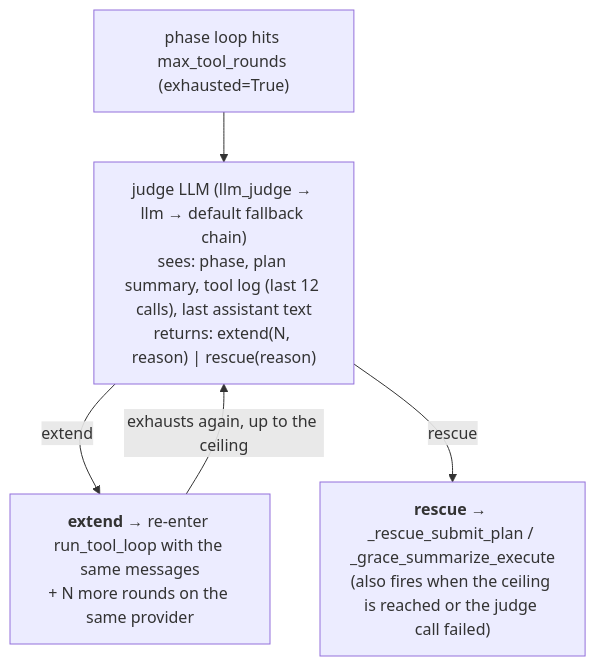
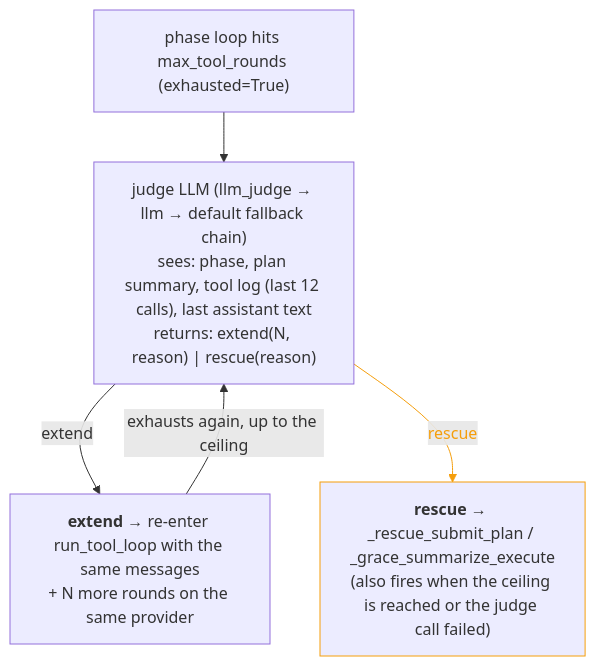
One commit to crewlet/crewlet changed the diagram in docs/concepts/turn-engine.md. Above: the diagram before and after it, drawn with Mermaid. The commit also changed 2 other files, not shown here.

Commit message:
Merge pull request #63 from crewlet/docs/diagram-semantic-colour
docs: colour the branches that carry a meaning

````diff
--- a/docs/concepts/turn-engine.md
+++ b/docs/concepts/turn-engine.md
@@ -264,11 +264,15 @@
 ```mermaid
 flowchart TD
     A["phase loop hits max_tool_rounds (exhausted=True)"]
     B["judge LLM (llm_judge → llm → default fallback chain)<br/>sees: phase, plan summary, tool log (last 12 calls), last assistant text<br/>returns: extend(N, reason) | rescue(reason)"]
     C["<b>extend</b> → re-enter run_tool_loop with the same messages<br/>+ N more rounds on the same provider"]
     D["<b>rescue</b> → _rescue_submit_plan / _grace_summarize_execute<br/>(also fires when the ceiling is reached or the judge call failed)"]
     A --> B
     B -->|extend| C
     B -->|rescue| D
     C -->|"exhausts again, up to the ceiling"| B
+
+    D:::warning
+    classDef warning stroke:#f59e0b
+    linkStyle 2 stroke:#f59e0b,color:#f59e0b
 ```
````
